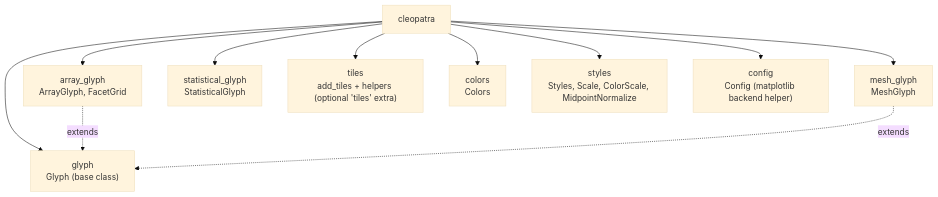
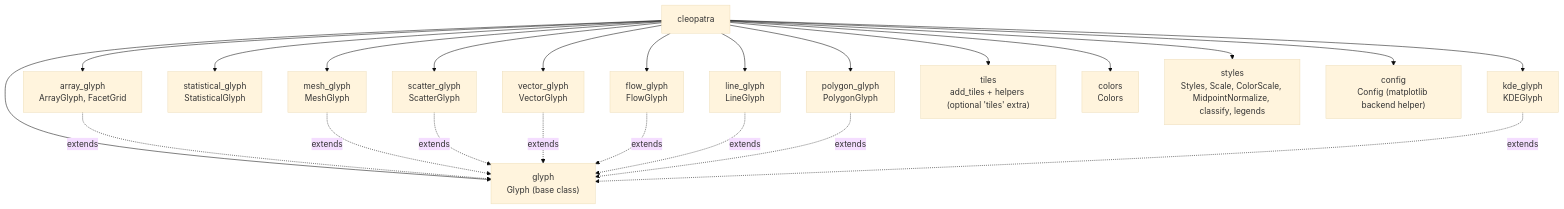
The diagram in README.md (serapeum-org/cleopatra), drawn with Mermaid (base theme) before and after one commit. The commit also changed other lines of this file and 1 other file, not shown here.

First line of the commit message:
docs: add SCOPE.md and update README to cover all glyph types

````diff
--- a/README.md
+++ b/README.md
@@ -20,16 +22,28 @@
 ```mermaid
 graph TD
     cleopatra["cleopatra"]
 
     cleopatra --> glyph["glyph<br/>Glyph (base class)"]
     cleopatra --> array_glyph["array_glyph<br/>ArrayGlyph, FacetGrid"]
     cleopatra --> mesh_glyph["mesh_glyph<br/>MeshGlyph"]
     cleopatra --> statistical_glyph["statistical_glyph<br/>StatisticalGlyph"]
+    cleopatra --> scatter_glyph["scatter_glyph<br/>ScatterGlyph"]
+    cleopatra --> vector_glyph["vector_glyph<br/>VectorGlyph"]
+    cleopatra --> flow_glyph["flow_glyph<br/>FlowGlyph"]
+    cleopatra --> line_glyph["line_glyph<br/>LineGlyph"]
+    cleopatra --> polygon_glyph["polygon_glyph<br/>PolygonGlyph"]
+    cleopatra --> kde_glyph["kde_glyph<br/>KDEGlyph"]
     cleopatra --> tiles["tiles<br/>add_tiles + helpers (optional 'tiles' extra)"]
     cleopatra --> colors["colors<br/>Colors"]
-    cleopatra --> styles["styles<br/>Styles, Scale, ColorScale, MidpointNormalize"]
+    cleopatra --> styles["styles<br/>Styles, Scale, ColorScale, MidpointNormalize, classify, legends"]
     cleopatra --> config["config<br/>Config (matplotlib backend helper)"]
 
     array_glyph -. extends .-> glyph
     mesh_glyph -. extends .-> glyph
+    scatter_glyph -. extends .-> glyph
+    vector_glyph -. extends .-> glyph
+    flow_glyph -. extends .-> glyph
+    line_glyph -. extends .-> glyph
+    polygon_glyph -. extends .-> glyph
+    kde_glyph -. extends .-> glyph
 ```
````
